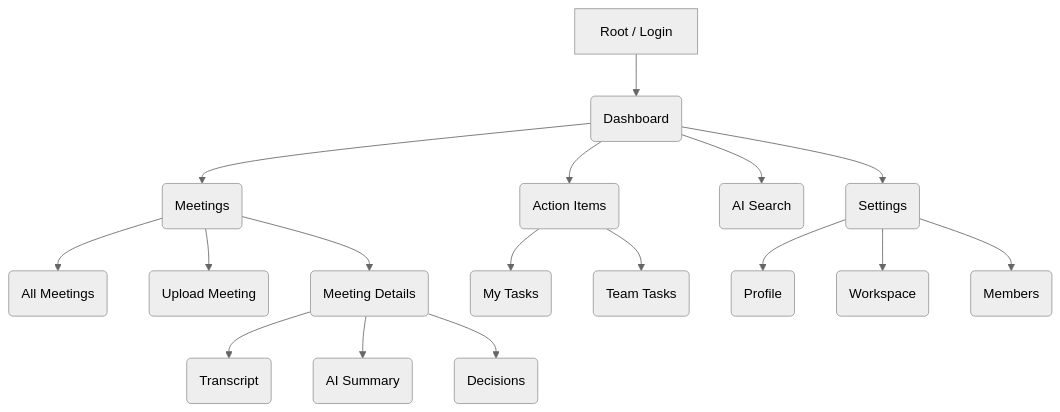
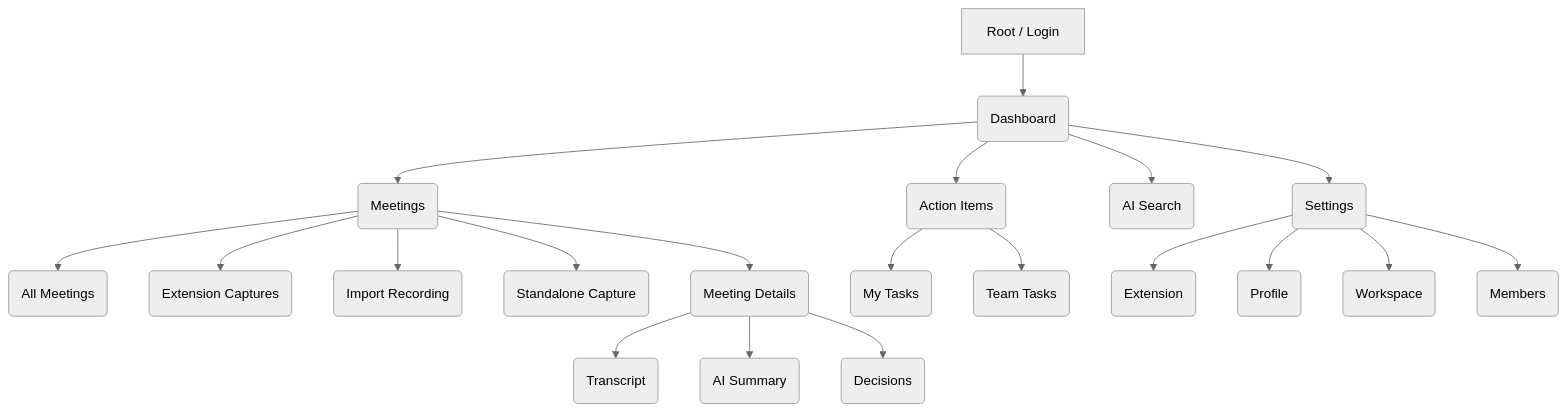
The diagram in 01-product/information-architecture.md (rudrabhavsar7/MeetingMind), drawn with Mermaid (neutral theme) before and after one commit. The commit also changed other lines of this file and 82 other files, not shown here.

Commit message:
docs: align MeetingMind extension-first planning

````diff
--- a/01-product/information-architecture.md
+++ b/01-product/information-architecture.md
@@ -18,24 +18,27 @@
 ```mermaid
 graph TD
     A[Root / Login] --> B(Dashboard)
     
     B --> C(Meetings)
     B --> D(Action Items)
     B --> E(AI Search)
     B --> F(Settings)
     
     C --> C1(All Meetings)
-    C --> C2(Upload Meeting)
+    C --> C2(Extension Captures)
+    C --> C4(Import Recording)
+    C --> C5(Standalone Capture)
+    F --> F4(Extension)
     C --> C3(Meeting Details)
     
     C3 --> C3A(Transcript)
     C3 --> C3B(AI Summary)
     C3 --> C3C(Decisions)
     
     D --> D1(My Tasks)
     D --> D2(Team Tasks)
     
     F --> F1(Profile)
     F --> F2(Workspace)
     F --> F3(Members)
 ```
````
